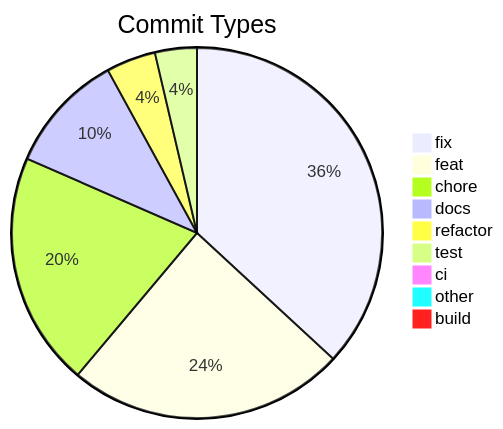
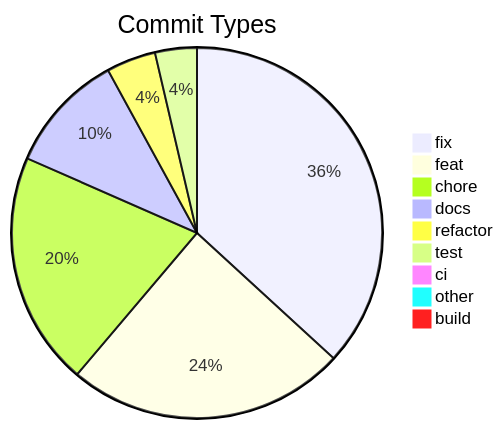
Before and after one commit to svenroth-ai/shipwright-webui: the diagram in .shipwright/compliance/change-history.md, drawn with Mermaid. The commit also changed other lines of this file and 14 other files, not shown here.

````diff
--- a/.shipwright/compliance/change-history.md
+++ b/.shipwright/compliance/change-history.md
@@ -8,12 +8,12 @@
 ```mermaid
 pie title Commit Types
     "fix" : 222
-    "feat" : 146
+    "feat" : 147
     "chore" : 123
     "docs" : 63
     "refactor" : 26
     "test" : 22
     "ci" : 5
     "other" : 4
     "build" : 1
 ```
````
